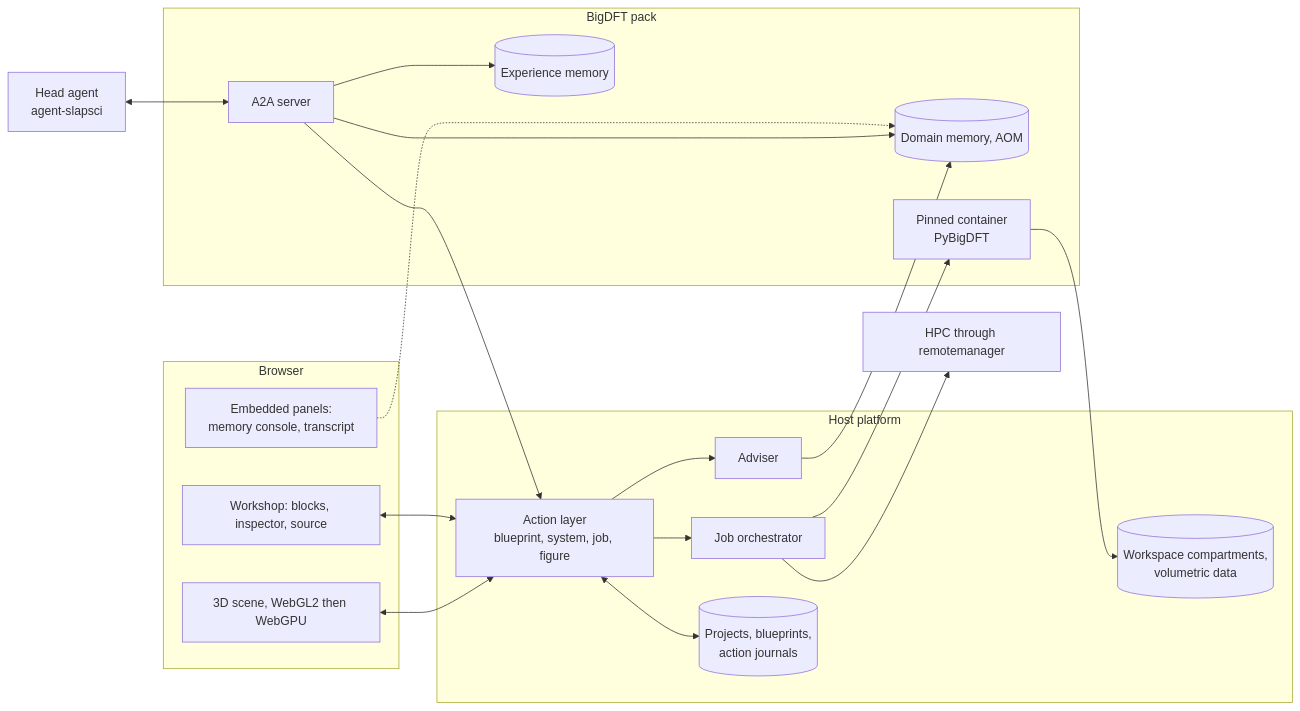
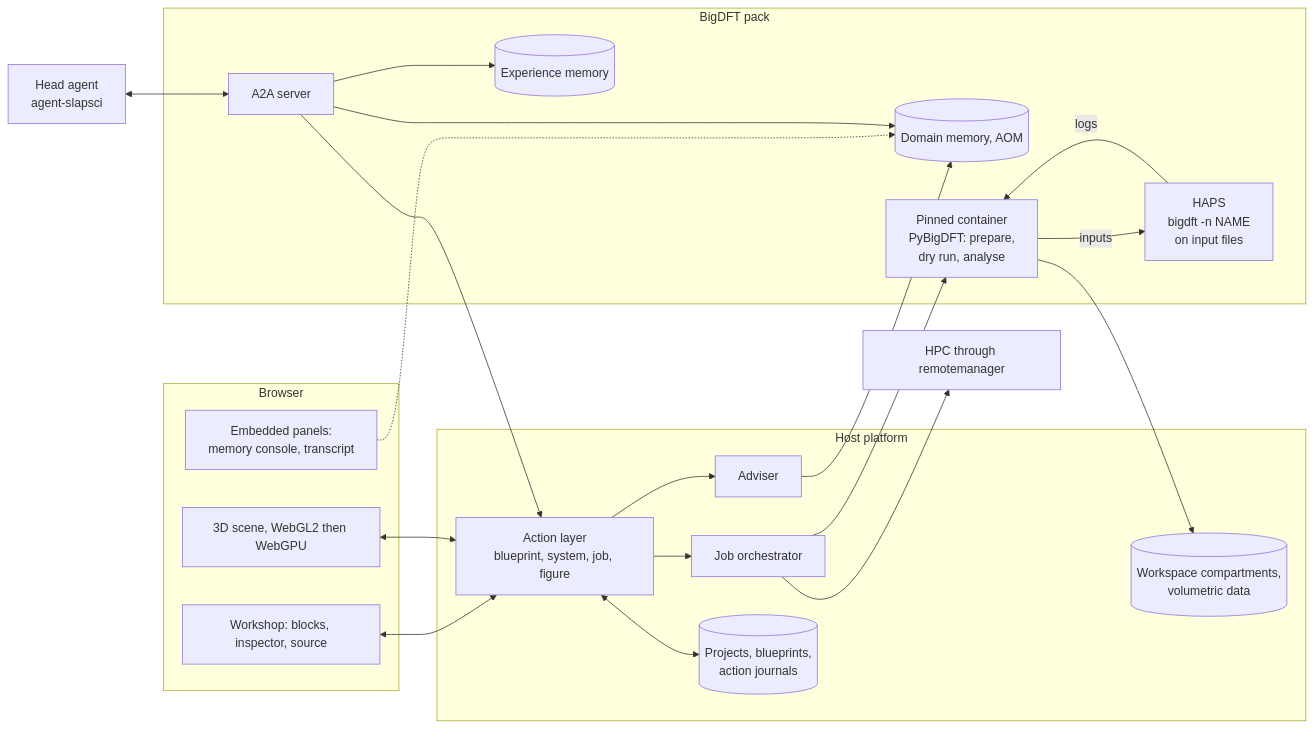
The diagram in docs/PROPOSAL.md (Yopla38/Bigdft_ui), drawn with Mermaid before and after one commit. The commit also changed other lines of this file and 53 other files, not shown here.

````diff
--- a/docs/PROPOSAL.md
+++ b/docs/PROPOSAL.md
@@ -200,35 +230,38 @@
 ```mermaid
 flowchart LR
   subgraph Browser
     UI[Workshop: blocks, inspector, source]
     S3D[3D scene, WebGL2 then WebGPU]
     PAN[Embedded panels:<br/>memory console, transcript]
   end
   subgraph Host platform
     API[Action layer<br/>blueprint, system, job, figure]
     ADV[Adviser]
     ORC[Job orchestrator]
     DB[(Projects, blueprints,<br/>action journals)]
     OBJ[(Workspace compartments,<br/>volumetric data)]
   end
   HEAD[Head agent<br/>agent-slapsci]
   subgraph BigDFT pack
     A2A[A2A server]
     MEM[(Domain memory, AOM)]
     EXP[(Experience memory)]
-    CT[Pinned container<br/>PyBigDFT]
+    CT[Pinned container<br/>PyBigDFT: prepare,<br/>dry run, analyse]
+    HAPS[HAPS<br/>bigdft -n NAME<br/>on input files]
   end
   HPC[HPC through remotemanager]
   UI <--> API
   S3D <--> API
   PAN -.-> MEM
   HEAD <--> A2A
   A2A --> API
   API --> ADV --> MEM
   A2A --> MEM
   A2A --> EXP
   API --> ORC --> CT
+  CT -- inputs --> HAPS
+  HAPS -- logs --> CT
   ORC --> HPC
   CT --> OBJ
   API <--> DB
 ```
````
